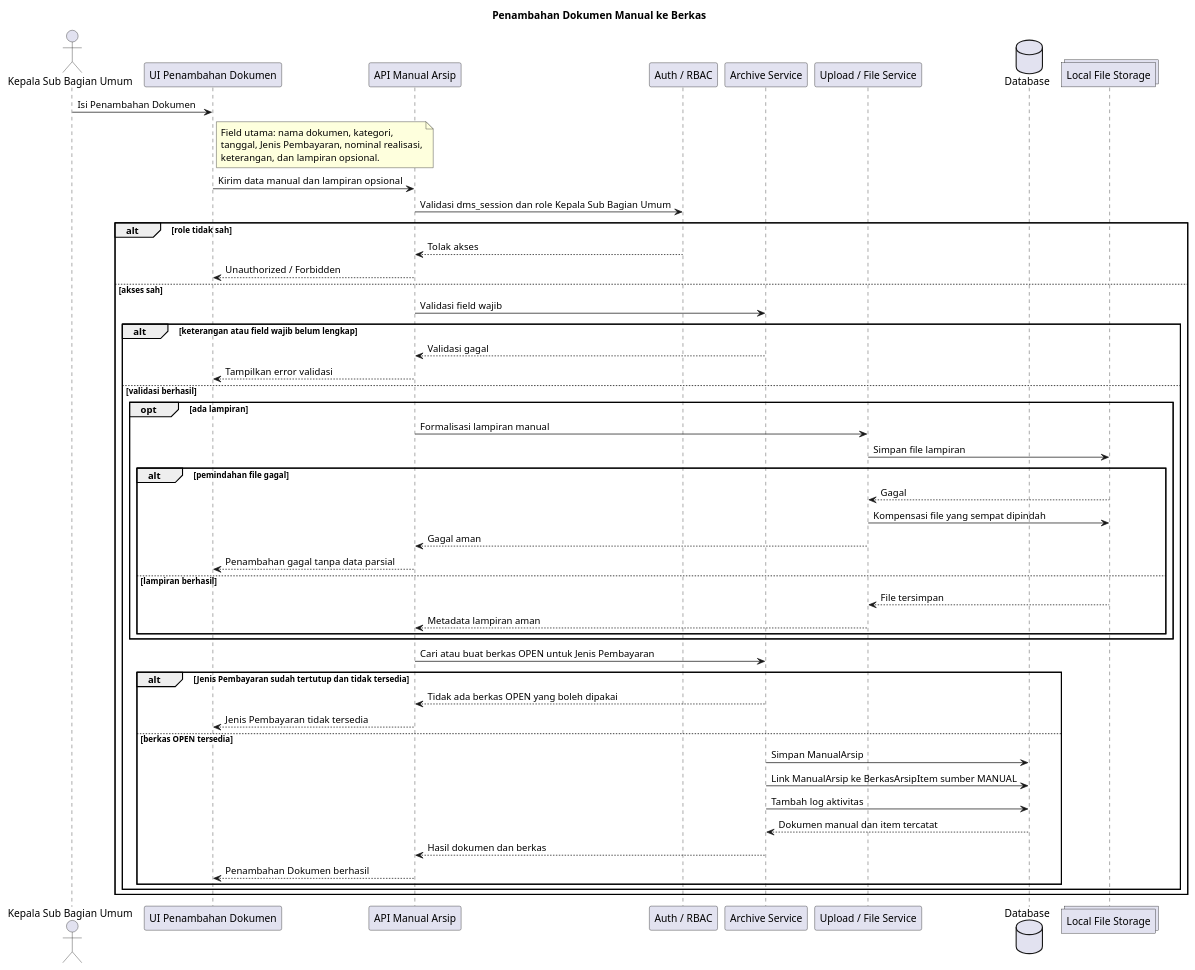
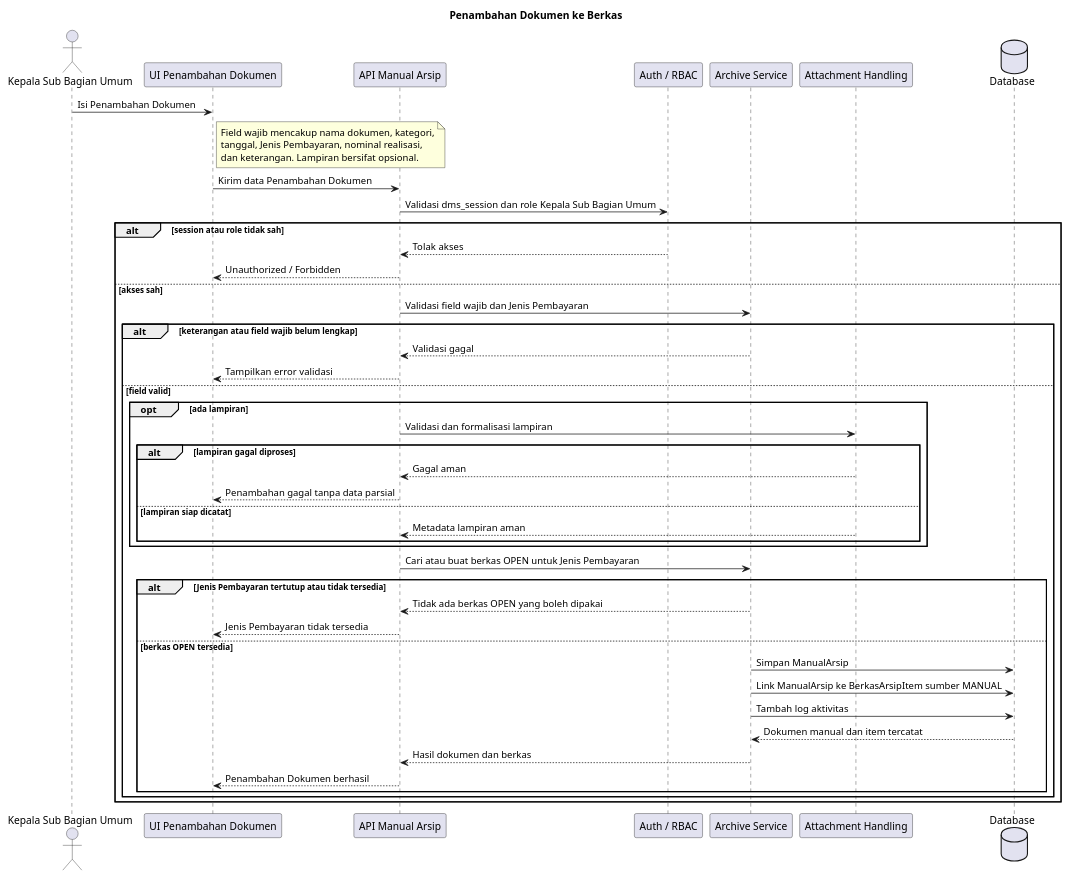
The diagram in docs/diagrams/sequences/manual-document-to-berkas-sequence.puml (BingoAndBro/kepser-postgres-migration), drawn with PlantUML before and after one commit. The commit also changed 8 other files, not shown here.

Commit message:
Refine DMS PlantUML diagram sources

```diff
--- a/docs/diagrams/sequences/manual-document-to-berkas-sequence.puml
+++ b/docs/diagrams/sequences/manual-document-to-berkas-sequence.puml
@@ -1,60 +1,57 @@
 @startuml
-title Penambahan Dokumen Manual ke Berkas
+title Penambahan Dokumen ke Berkas
 
 actor "Kepala Sub Bagian Umum" as KSB
 participant "UI Penambahan Dokumen" as UI
 participant "API Manual Arsip" as API
 participant "Auth / RBAC" as Auth
 participant "Archive Service" as Archive
-participant "Upload / File Service" as FileSvc
+participant "Attachment Handling" as Attachments
 database "Database" as DB
-collections "Local File Storage" as Storage
 
 KSB -> UI : Isi Penambahan Dokumen
 note right of UI
-  Field utama: nama dokumen, kategori,
+  Field wajib mencakup nama dokumen, kategori,
   tanggal, Jenis Pembayaran, nominal realisasi,
-  keterangan, dan lampiran opsional.
+  dan keterangan. Lampiran bersifat opsional.
 end note
-UI -> API : Kirim data manual dan lampiran opsional
+
+UI -> API : Kirim data Penambahan Dokumen
 API -> Auth : Validasi dms_session dan role Kepala Sub Bagian Umum
 
-alt role tidak sah
+alt session atau role tidak sah
   Auth --> API : Tolak akses
   API --> UI : Unauthorized / Forbidden
 else akses sah
-  API -> Archive : Validasi field wajib
+  API -> Archive : Validasi field wajib dan Jenis Pembayaran
+
   alt keterangan atau field wajib belum lengkap
     Archive --> API : Validasi gagal
     API --> UI : Tampilkan error validasi
-  else validasi berhasil
+  else field valid
     opt ada lampiran
-      API -> FileSvc : Formalisasi lampiran manual
-      FileSvc -> Storage : Simpan file lampiran
-      alt pemindahan file gagal
-        Storage --> FileSvc : Gagal
-        FileSvc -> Storage : Kompensasi file yang sempat dipindah
-        FileSvc --> API : Gagal aman
+      API -> Attachments : Validasi dan formalisasi lampiran
+      alt lampiran gagal diproses
+        Attachments --> API : Gagal aman
         API --> UI : Penambahan gagal tanpa data parsial
-      else lampiran berhasil
-        Storage --> FileSvc : File tersimpan
-        FileSvc --> API : Metadata lampiran aman
+      else lampiran siap dicatat
+        Attachments --> API : Metadata lampiran aman
       end
     end
 
     API -> Archive : Cari atau buat berkas OPEN untuk Jenis Pembayaran
-    alt Jenis Pembayaran sudah tertutup dan tidak tersedia
+    alt Jenis Pembayaran tertutup atau tidak tersedia
       Archive --> API : Tidak ada berkas OPEN yang boleh dipakai
       API --> UI : Jenis Pembayaran tidak tersedia
     else berkas OPEN tersedia
       Archive -> DB : Simpan ManualArsip
       Archive -> DB : Link ManualArsip ke BerkasArsipItem sumber MANUAL
       Archive -> DB : Tambah log aktivitas
       DB --> Archive : Dokumen manual dan item tercatat
       Archive --> API : Hasil dokumen dan berkas
       API --> UI : Penambahan Dokumen berhasil
     end
   end
 end
 
 @enduml
```
